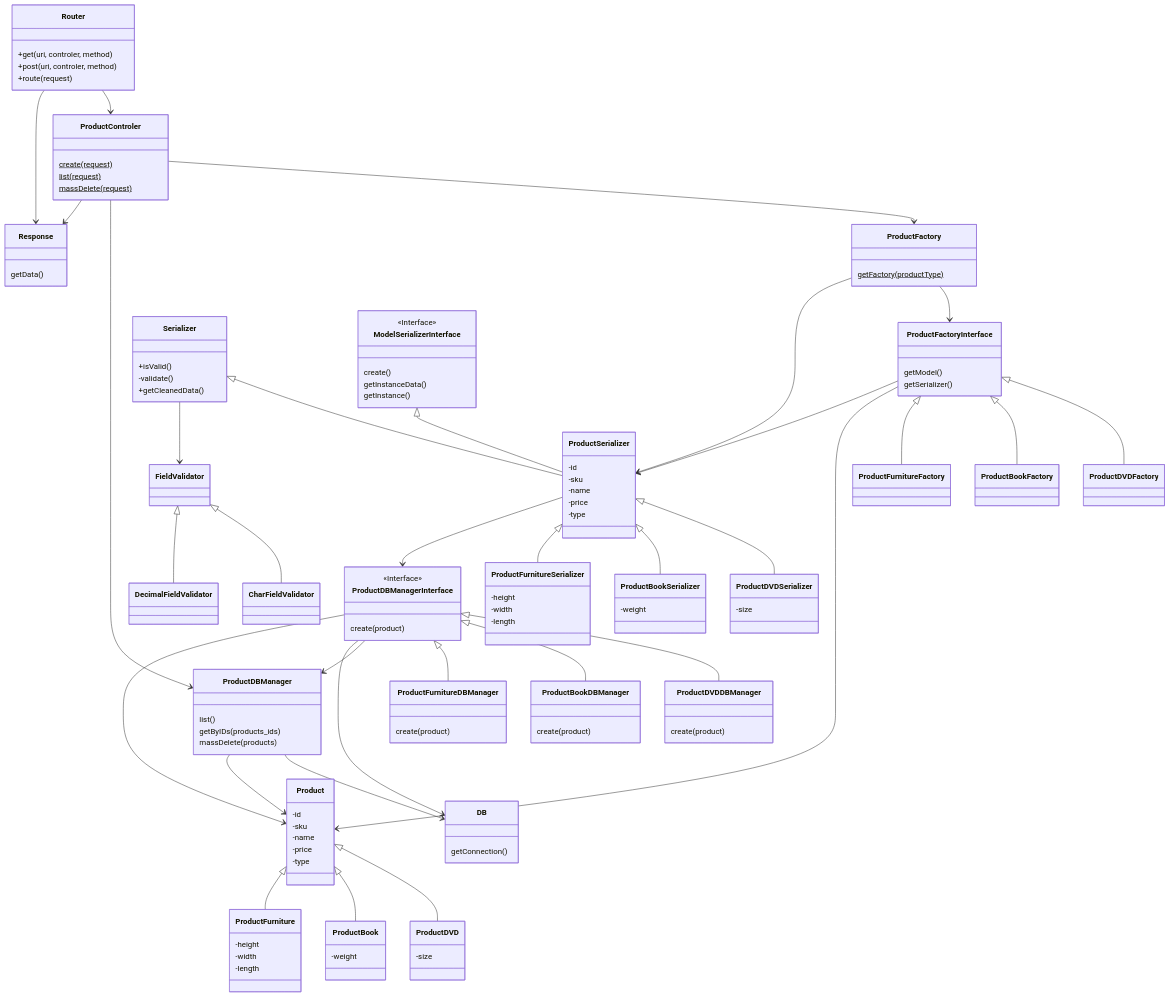
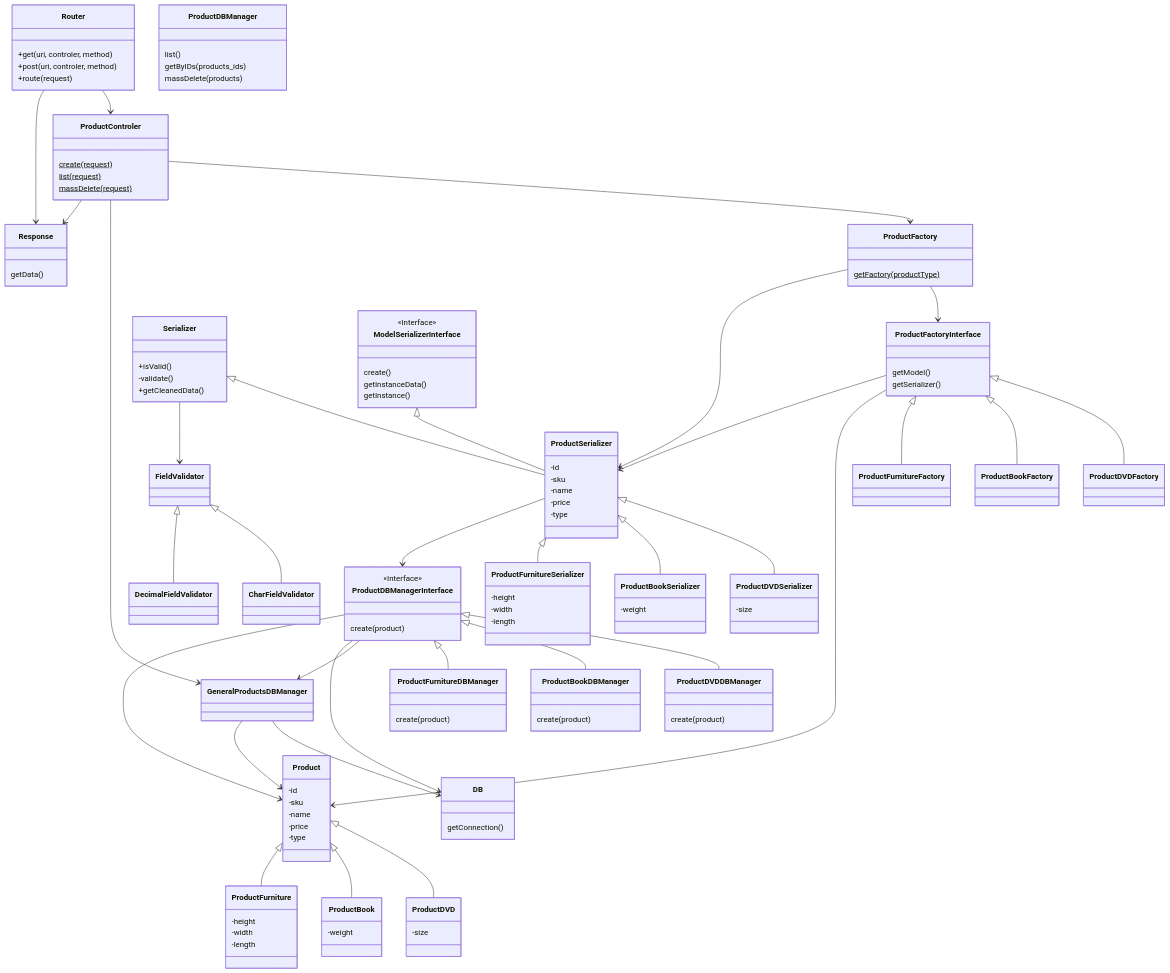
One commit to laercioigorps/scandiweb-awesome-ecommerce-backend changed the diagram in docs/class.md. Above: the diagram before and after it, drawn with Mermaid. The commit also changed 3 other files, not shown here.

Commit message:
update name of the class ProductDBManager to GeneralProductsDBManager

```diff
--- a/docs/class.md
+++ b/docs/class.md
@@ -16,13 +16,13 @@
     ProductSerializer <|-- ProductFurnitureSerializer
     ProductFactory --> ProductSerializer
     ModelSerializerInterface <|-- ProductSerializer
-    ProductDBManager --> DB
-    ProductControler --> ProductDBManager
+    GeneralProductsDBManager --> DB
+    ProductControler --> GeneralProductsDBManager
     ProductDBManagerInterface <|-- ProductDVDDBManager
     ProductDBManagerInterface <|-- ProductBookDBManager
     ProductDBManagerInterface <|-- ProductFurnitureDBManager
     ProductSerializer --> ProductDBManagerInterface
-    ProductDBManagerInterface --> ProductDBManager
+    ProductDBManagerInterface --> GeneralProductsDBManager
     ProductDBManagerInterface --> DB
     Router --> ProductControler
     ProductControler --> Response
@@ -30,7 +30,7 @@
     FieldValidator <|-- CharFieldValidator
     FieldValidator <|-- DecimalFieldValidator
     Serializer --> FieldValidator
-    ProductDBManager --> Product
+    GeneralProductsDBManager --> Product
     ProductDBManagerInterface --> Product
 
     class ProductControler{
```
